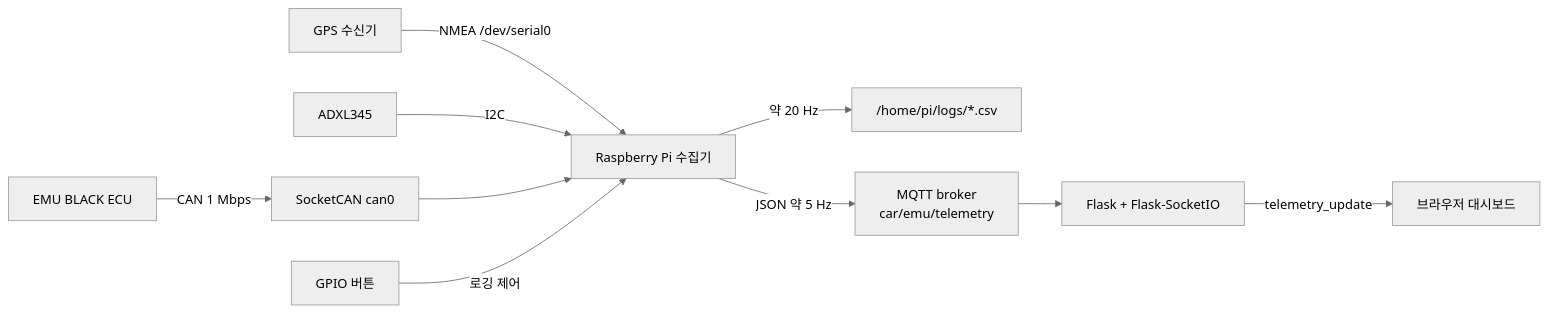
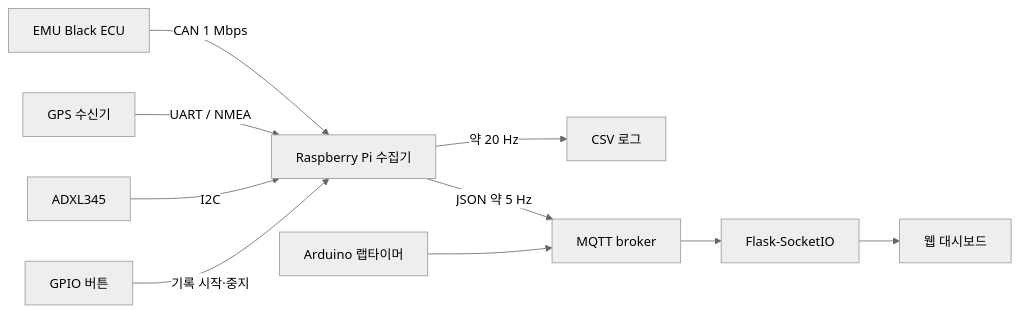
One commit to hackisha/EMU-LOGGER changed the diagram in README.md. Above: the diagram before and after it, drawn with Mermaid (neutral theme). The commit also changed other lines of this file, not shown here.

````diff
--- a/README.md
+++ b/README.md
@@ -26,12 +39,12 @@
 ```mermaid
 flowchart LR
-    ECU[EMU BLACK ECU] -->|CAN 1 Mbps| SC[SocketCAN can0]
-    GPS[GPS 수신기] -->|NMEA /dev/serial0| COL[Raspberry Pi 수집기]
+    ECU[EMU Black ECU] -->|CAN 1 Mbps| COL[Raspberry Pi 수집기]
+    GPS[GPS 수신기] -->|UART / NMEA| COL
     ACC[ADXL345] -->|I2C| COL
-    SC --> COL
-    BTN[GPIO 버튼] -->|로깅 제어| COL
-    COL -->|약 20 Hz| CSV["/home/pi/logs/*.csv"]
-    COL -->|JSON 약 5 Hz| MQTT[MQTT broker<br/>car/emu/telemetry]
-    MQTT --> WEB[Flask + Flask-SocketIO]
-    WEB -->|telemetry_update| UI[브라우저 대시보드]
+    BTN[GPIO 버튼] -->|기록 시작·중지| COL
+    COL -->|약 20 Hz| CSV[CSV 로그]
+    COL -->|JSON 약 5 Hz| MQTT[MQTT broker]
+    LAP[Arduino 랩타이머] --> MQTT
+    MQTT --> WEB[Flask-SocketIO]
+    WEB --> UI[웹 대시보드]
 ```
````
